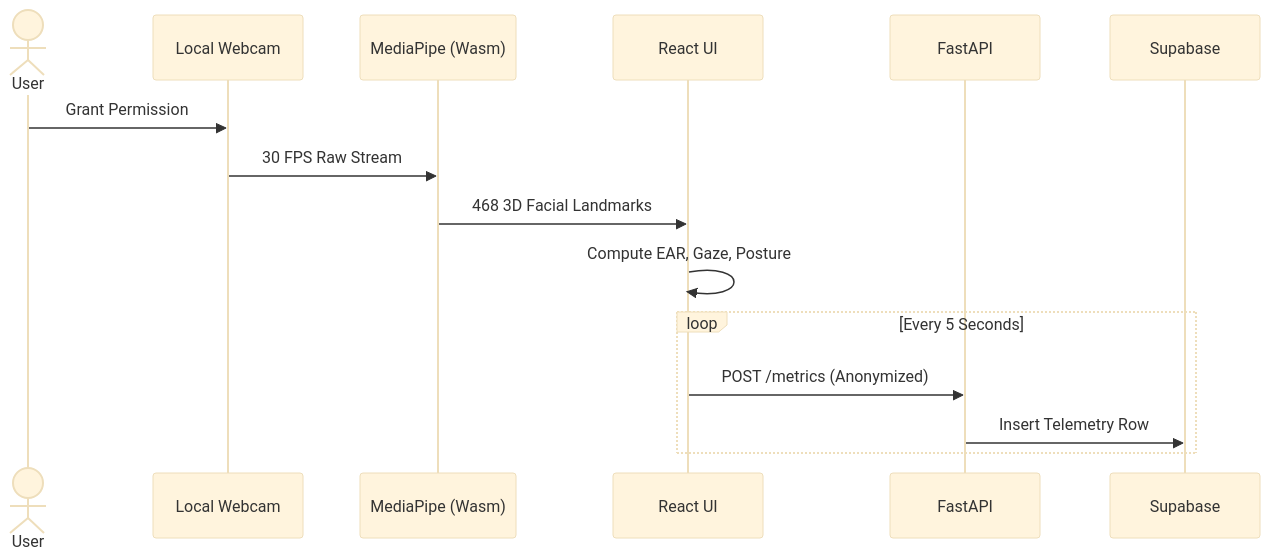
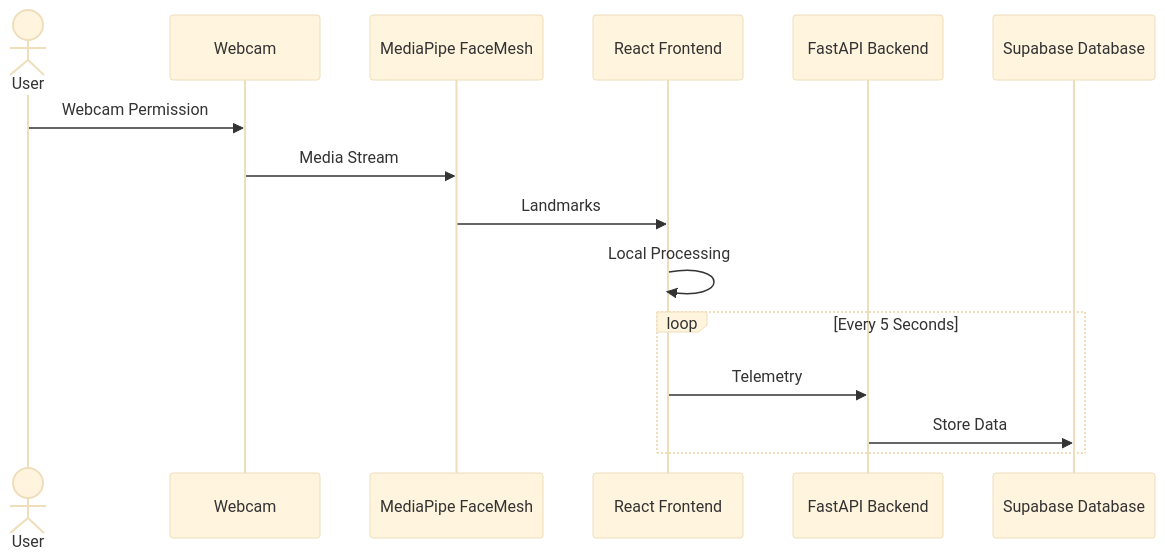
Before and after one commit to somiya-namdeo/Cognivue: the second of 2 diagrams in README.md, drawn with Mermaid (base theme). The commit also changed other lines of this file, not shown here.

````diff
--- a/README.md
+++ b/README.md
@@ -79,18 +79,18 @@
 ```mermaid
 sequenceDiagram
     actor User
-    participant Cam as Local Webcam
-    participant MP as MediaPipe (Wasm)
-    participant UI as React UI
-    participant API as FastAPI
-    participant DB as Supabase
+    participant Cam as Webcam
+    participant MP as MediaPipe FaceMesh
+    participant UI as React Frontend
+    participant API as FastAPI Backend
+    participant DB as Supabase Database
 
-    User->>Cam: Grant Permission
-    Cam->>MP: 30 FPS Raw Stream
-    MP->>UI: 468 3D Facial Landmarks
-    UI->>UI: Compute EAR, Gaze, Posture
+    User->>Cam: Webcam Permission
+    Cam->>MP: Media Stream
+    MP->>UI: Landmarks
+    UI->>UI: Local Processing
     loop Every 5 Seconds
-        UI->>API: POST /metrics (Anonymized)
-        API->>DB: Insert Telemetry Row
+        UI->>API: Telemetry
+        API->>DB: Store Data
     end
 ```
````
